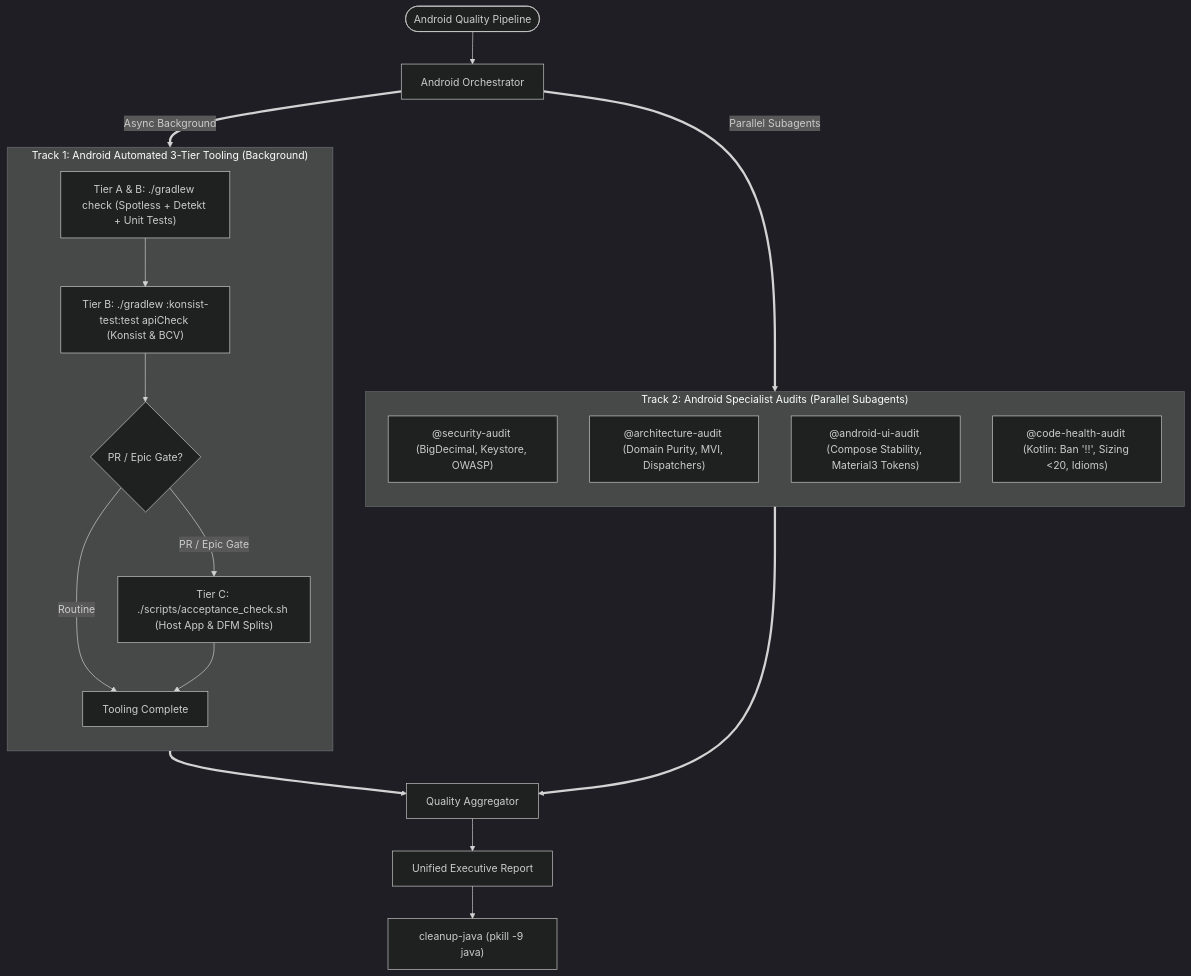
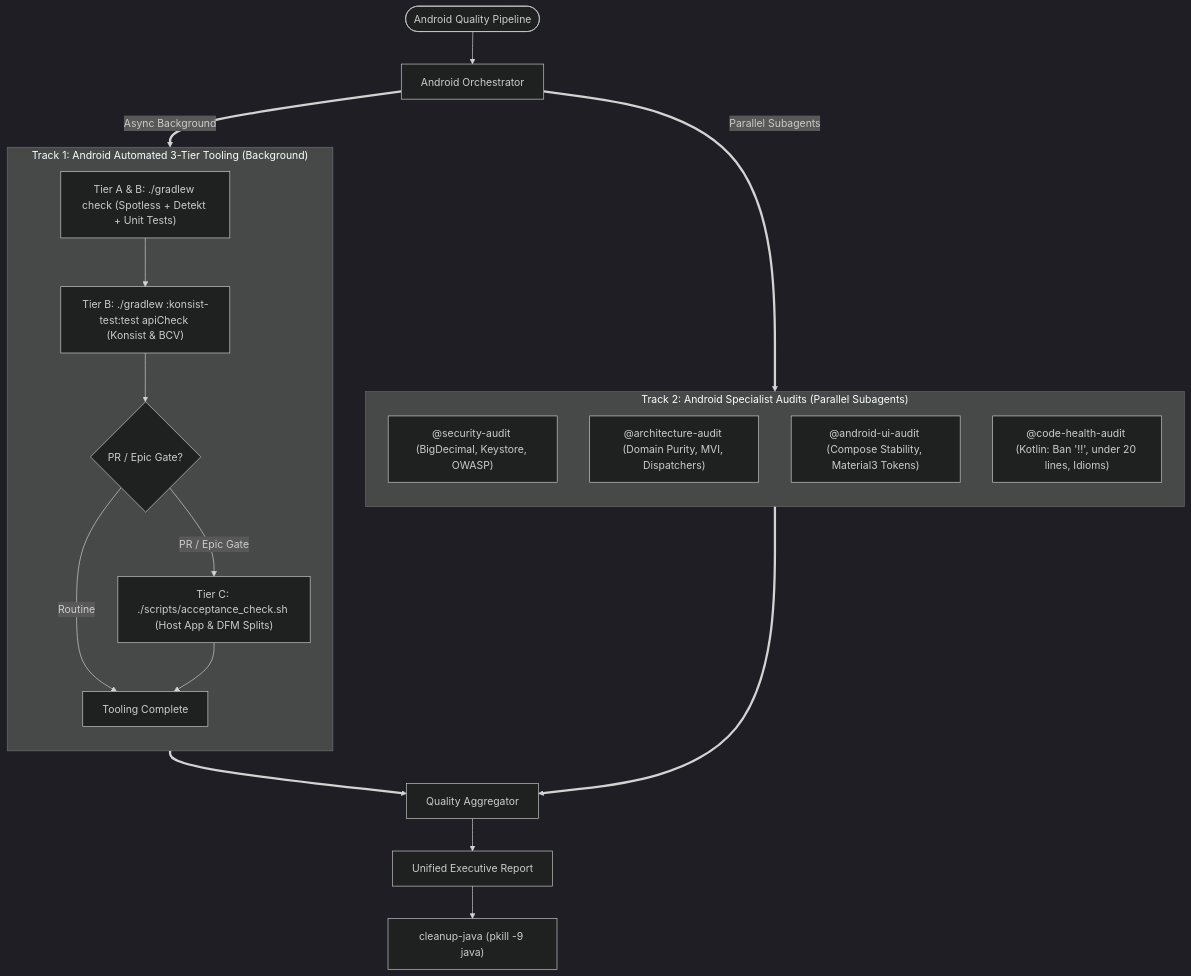
The third of 5 diagrams in skills/quality_check/SKILL.md (DanhDue/ai-agent-tools), drawn with Mermaid (dark theme) before and after one commit. The commit also changed other lines of this file, not shown here.

First line of the commit message:
[QUALITY_CHECK] Fix Mermaid flowchart syntax errors and edge label formatting

````diff
--- a/skills/quality_check/SKILL.md
+++ b/skills/quality_check/SKILL.md
@@ -178,33 +182,35 @@
 ```mermaid
 flowchart TD
     A_START(["Android Quality Pipeline"]) --> A_DISPATCH["Android Orchestrator"]
 
     subgraph A_T1["Track 1: Android Automated 3-Tier Tooling (Background)"]
         direction TB
         A1["Tier A & B: ./gradlew check (Spotless + Detekt + Unit Tests)"]
         A2["Tier B: ./gradlew :konsist-test:test apiCheck (Konsist & BCV)"]
         A3{"PR / Epic Gate?"}
         A4["Tier C: ./scripts/acceptance_check.sh (Host App & DFM Splits)"]
         A_DONE["Tooling Complete"]
 
-        A1 --> A2 --> A3
+        A1 --> A2
+        A2 --> A3
         A3 -->|Routine| A_DONE
-        A3 -->|PR / Epic Gate| A4 --> A_DONE
+        A3 -->|"PR / Epic Gate"| A4
+        A4 --> A_DONE
     end
 
     subgraph A_T2["Track 2: Android Specialist Audits (Parallel Subagents)"]
         direction TB
         AA1["@security-audit (BigDecimal, Keystore, OWASP)"]
         AA2["@architecture-audit (Domain Purity, MVI, Dispatchers)"]
         AA3["@android-ui-audit (Compose Stability, Material3 Tokens)"]
-        AA4["@code-health-audit (Kotlin: Ban '!!', Sizing &lt;20, Idioms)"]
+        AA4["@code-health-audit (Kotlin: Ban '!!', under 20 lines, Idioms)"]
     end
 
     A_DISPATCH ==>|Async Background| A_T1
     A_DISPATCH ==>|Parallel Subagents| A_T2
 
     A_T1 ==> A_MERGE["Quality Aggregator"]
     A_T2 ==> A_MERGE
     A_MERGE --> A_REP["Unified Executive Report"]
     A_REP --> A_CLEAN["cleanup-java (pkill -9 java)"]
 ```
````
